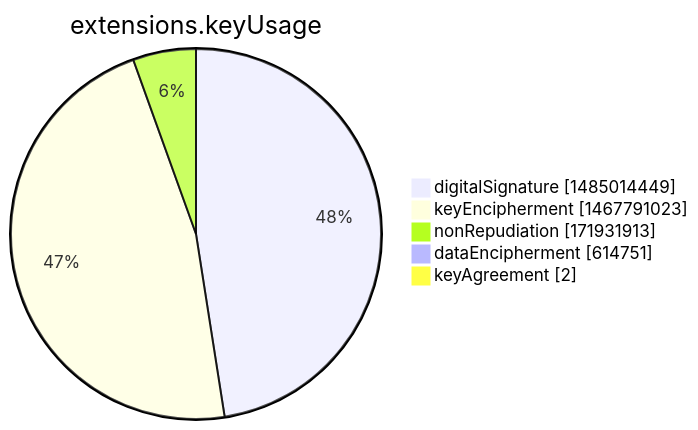
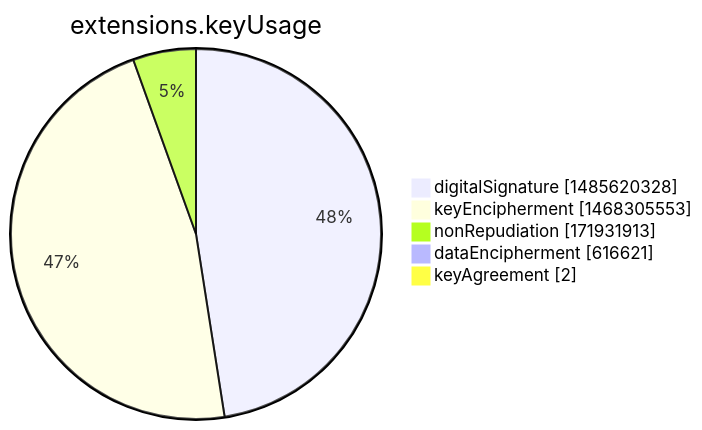
The seventh of 15 diagrams in argon2022/README.md (christiankrug/ctmonitor_visualization), drawn with Mermaid before and after one commit. The commit also changed other lines of this file, not shown here.

````diff
--- a/argon2022/README.md
+++ b/argon2022/README.md
@@ -2751,9 +2751,9 @@
 ```mermaid
 pie showData
 title extensions.keyUsage
-"digitalSignature" :1485014449
-"keyEncipherment" :1467791023
+"digitalSignature" :1485620328
+"keyEncipherment" :1468305553
 "nonRepudiation" :171931913
-"dataEncipherment" :614751
+"dataEncipherment" :616621
 "keyAgreement" :2
 ```
````
